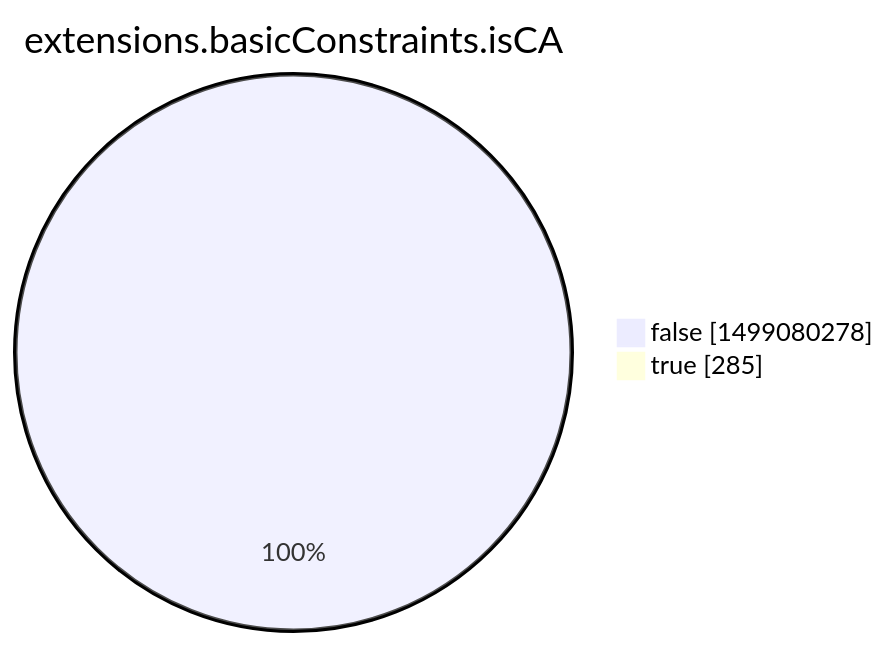
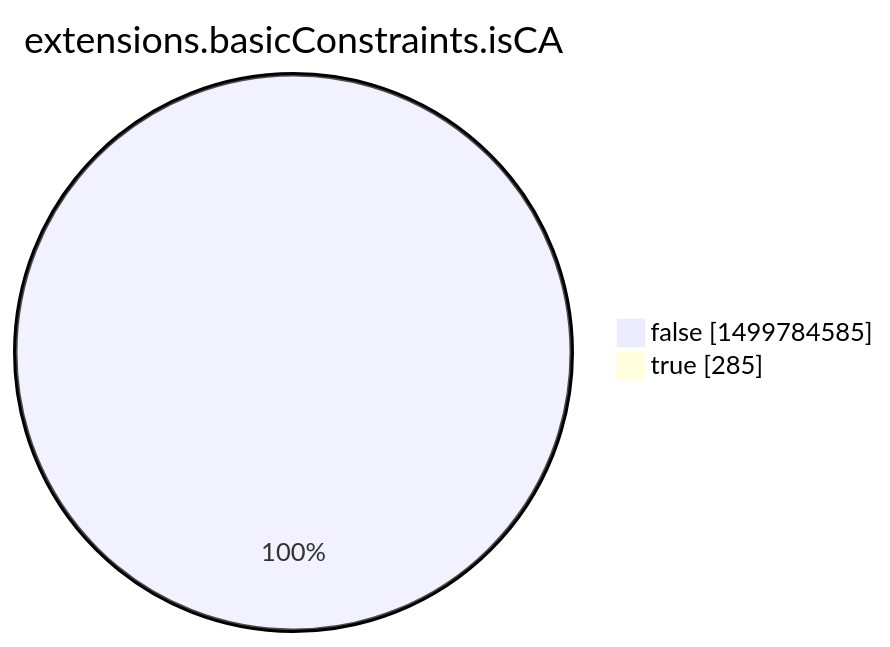
One commit to christiankrug/ctmonitor_visualization changed the eighth of 15 diagrams in xenon2022/README.md. Above: the diagram before and after it, drawn with Mermaid. The commit also changed other lines of this file, not shown here.

````diff
--- a/xenon2022/README.md
+++ b/xenon2022/README.md
@@ -2853,6 +2853,6 @@
 ```mermaid
 pie showData
 title extensions.basicConstraints.isCA
-"false" :1499080278
+"false" :1499784585
 "true" :285
 ```
````
